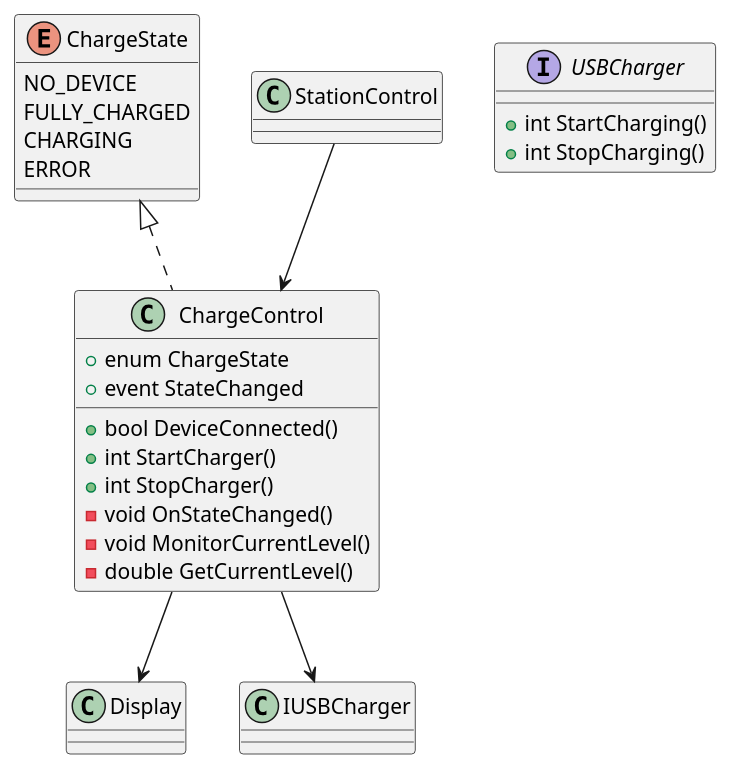
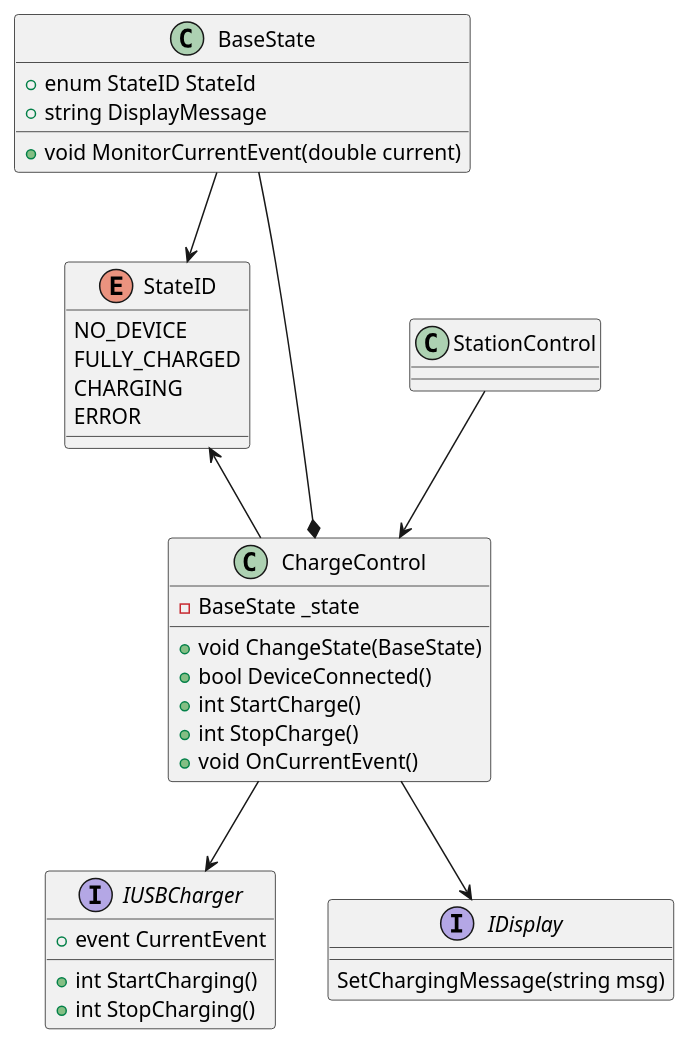
One commit to au618503/Ladeskab changed the diagram in Docs/ChargeControl_cd.puml. Above: the diagram before and after it, drawn with PlantUML. The commit also changed 2 other files, not shown here.

Commit message:
Updated the diagram Added ChargeControl interface (can test StationControl + Charger with it)

```diff
--- a/Docs/ChargeControl_cd.puml
+++ b/Docs/ChargeControl_cd.puml
@@ -1,32 +1,44 @@
 @startuml ChargeControl_cd
 
-enum ChargeState{
+enum StateID{
     NO_DEVICE
     FULLY_CHARGED
     CHARGING
     ERROR
 }
 
 class ChargeControl{
-    + enum ChargeState
-    + event StateChanged
+    - BaseState _state
+    + void ChangeState(BaseState)
     + bool DeviceConnected()
-    + int StartCharger()
-    + int StopCharger()
-    - void OnStateChanged()
-    - void MonitorCurrentLevel()
-    - double GetCurrentLevel()
+    + int StartCharge()
+    + int StopCharge()
+    + void OnCurrentEvent()
 }
 
-interface USBCharger{
+class BaseState{
+    + enum StateID StateId
+    + string DisplayMessage
+    + void MonitorCurrentEvent(double current)
+
+}
+
+interface IUSBCharger{
+    + event CurrentEvent
     + int StartCharging()
     + int StopCharging()
 }
 
-ChargeState <|.. ChargeControl
+interface IDisplay{
+    SetChargingMessage(string msg)
+}
+
+StateID <-- ChargeControl
 StationControl --> ChargeControl
-ChargeControl --> Display
+ChargeControl --> IDisplay
 ChargeControl --> IUSBCharger
+BaseState --* ChargeControl
+BaseState --> StateID
 
 
 @enduml
```
